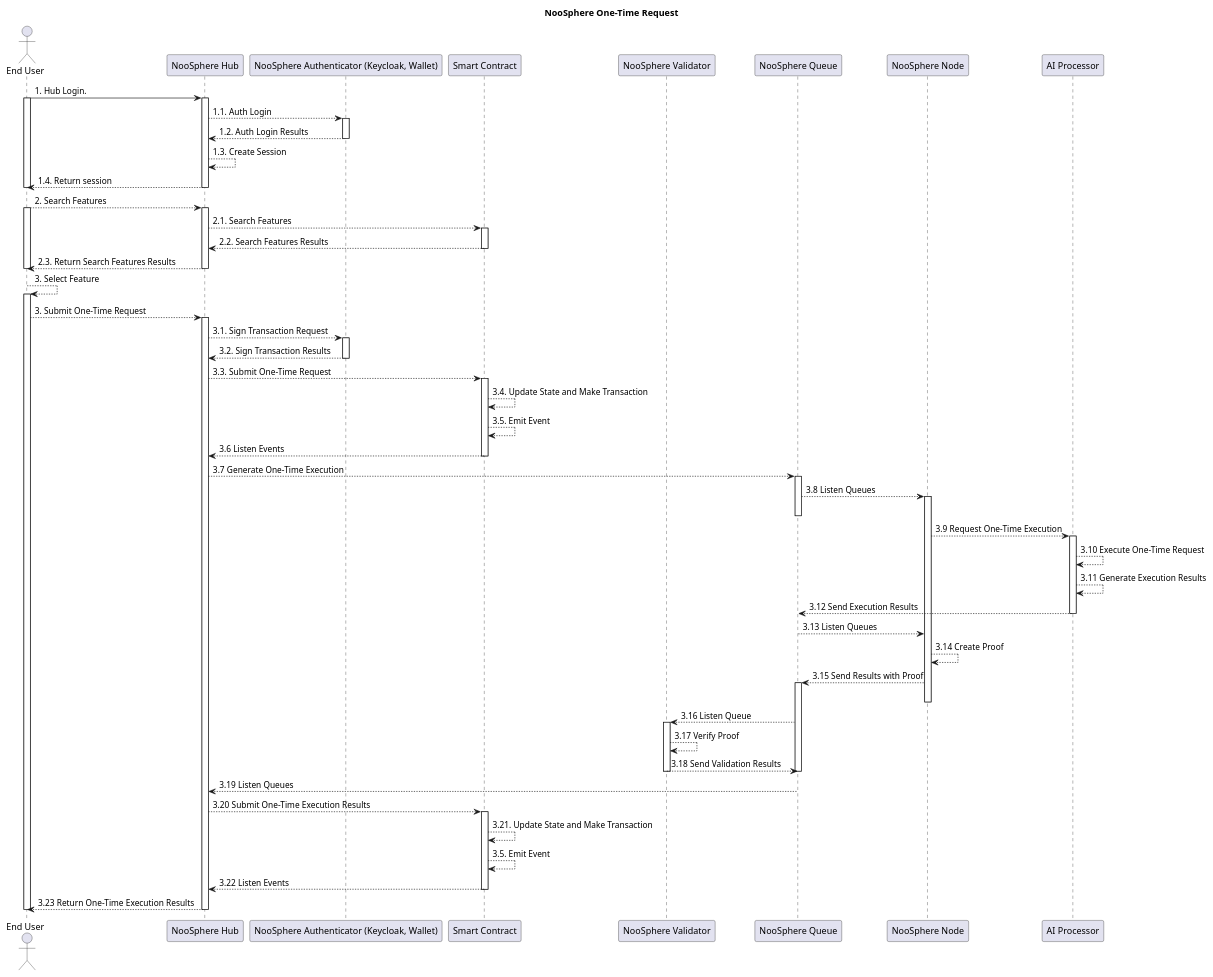
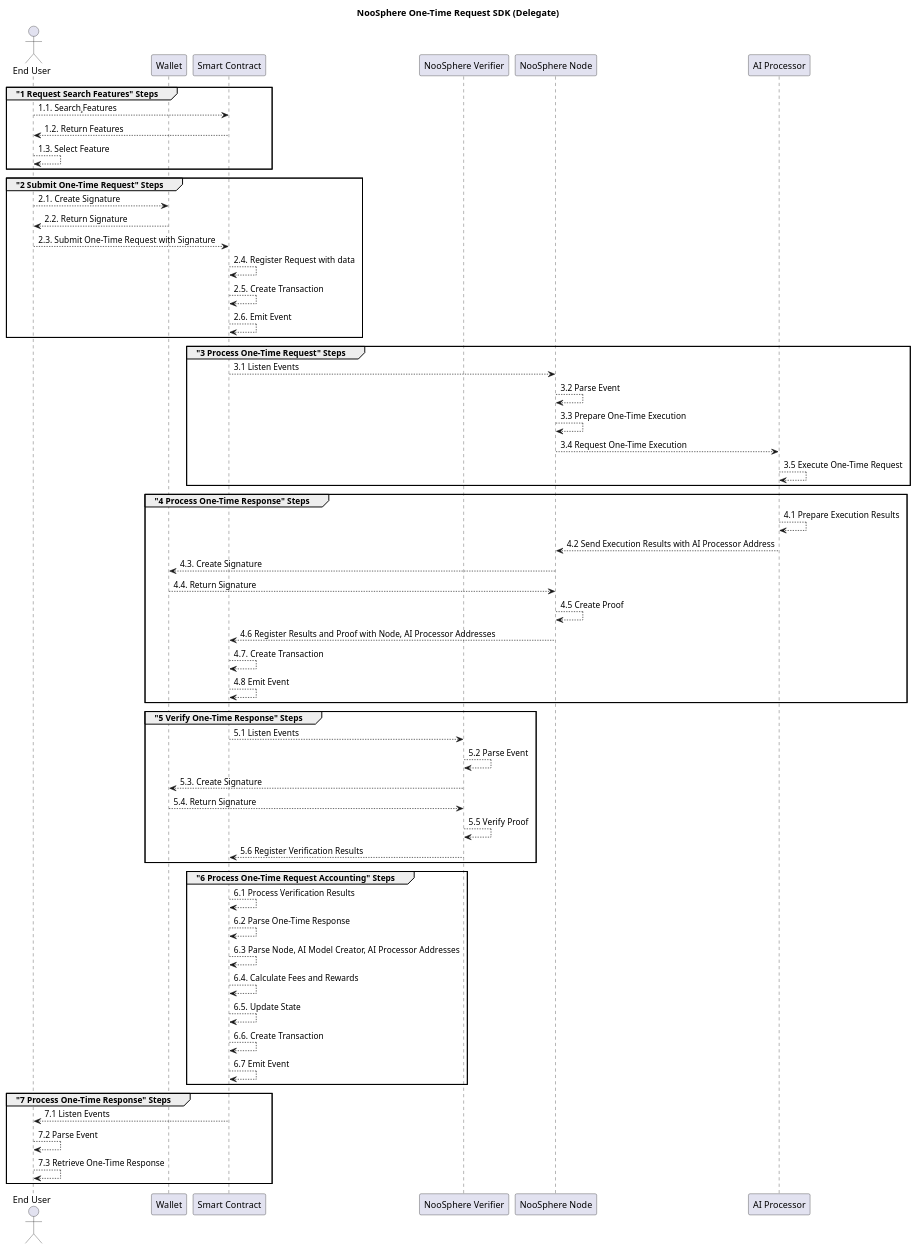
The diagram in NooSphere_Sequence_2.puml (hpp-io/noosphere), drawn with PlantUML before and after one commit.

Commit message:
HPPS-33 updated sequence diagram for one time request sdk

```diff
--- a/NooSphere_Sequence_2.puml
+++ b/NooSphere_Sequence_2.puml
@@ -1,82 +1,76 @@
 @startuml
 
 title
-NooSphere One-Time Request
+NooSphere One-Time Request SDK (Delegate)
 end title
 
 
 actor "End User" as User
-participant "NooSphere Hub" as Hub
-participant "NooSphere Authenticator (Keycloak, Wallet)" as Auth
+participant "Wallet" as Auth
 participant "Smart Contract" as Contract
-participant "NooSphere Validator" as Validator
-participant "NooSphere Queue" as Queue
+participant "NooSphere Verifier" as Verifier
 participant "NooSphere Node" as Node
 participant "AI Processor" as AI
 
 
-User -> Hub ++: 1. Hub Login.
-User++
-Hub --> Auth ++: 1.1. Auth Login
-Auth--> Hub : 1.2. Auth Login Results
-deactivate Auth
-Hub --> Hub: 1.3. Create Session
-Hub --> User: 1.4. Return session
-deactivate User
-deactivate Hub
+group "1 Request Search Features" Steps
+  User --> Contract: 1.1. Search¸Features
+  Contract --> User: 1.2. Return Features
+  User --> User: 1.3. Select Feature
+end
 
+group "2 Submit One-Time Request" Steps
+  User --> Auth: 2.1. Create Signature
+  Auth --> User: 2.2. Return Signature
+  User --> Contract: 2.3. Submit One-Time Request with Signature
+  Contract --> Contract: 2.4. Register Request with data
+  Contract --> Contract: 2.5. Create Transaction
+  Contract --> Contract: 2.6. Emit Event
+end
 
-User --> Hub++: 2. Search Features
-User++
-Hub --> Contract++: 2.1. Search Features
-Contract --> Hub: 2.2. Search Features Results
-deactivate Contract
-Hub --> User: 2.3. Return Search Features Results
-deactivate User
-deactivate Hub
+group "3 Process One-Time Request" Steps
+  Contract --> Node: 3.1 Listen Events
+  Node --> Node: 3.2 Parse Event
+  Node --> Node: 3.3 Prepare One-Time Execution
+  Node --> AI: 3.4 Request One-Time Execution
+  AI --> AI: 3.5 Execute One-Time Request
+end
 
+group "4 Process One-Time Response" Steps
+  AI --> AI: 4.1 Prepare Execution Results
+  AI --> Node: 4.2 Send Execution Results with AI Processor Address
+  Node --> Auth: 4.3. Create Signature
+  Auth --> Node: 4.4. Return Signature
+  Node --> Node: 4.5 Create Proof
+  Node --> Contract: 4.6 Register Results and Proof with Node, AI Processor Addresses
+  Contract --> Contract: 4.7. Create Transaction
+  Contract --> Contract: 4.8 Emit Event
+end
 
-User --> User++: 3. Select Feature
-User --> Hub++: 3. Submit One-Time Request
-Hub --> Auth++: 3.1. Sign Transaction Request
-Auth --> Hub: 3.2. Sign Transaction Results
-deactivate Auth
-Hub --> Contract++: 3.3. Submit One-Time Request
-Contract --> Contract: 3.4. Update State and Make Transaction
-Contract --> Contract: 3.5. Emit Event
-Contract --> Hub: 3.6 Listen Events
-deactivate Contract
-Hub --> Queue++: 3.7 Generate One-Time Execution
-Queue --> Node++: 3.8 Listen Queues
-deactivate Queue
-Node --> AI++: 3.9 Request One-Time Execution
-AI --> AI: 3.10 Execute One-Time Request
-AI --> AI: 3.11 Generate Execution Results
-AI --> Queue: 3.12 Send Execution Results
-deactivate AI
-Queue --> Node: 3.13 Listen Queues
-Node --> Node: 3.14 Create Proof
-Node --> Queue++: 3.15 Send Results with Proof
-deactivate Node
+group "5 Verify One-Time Response" Steps
+  Contract --> Verifier: 5.1 Listen Events
+  Verifier --> Verifier: 5.2 Parse Event
+  Verifier --> Auth: 5.3. Create Signature
+  Auth --> Verifier: 5.4. Return Signature
+  Verifier --> Verifier: 5.5 Verify Proof
+  Verifier --> Contract: 5.6 Register Verification Results
+end
 
-Queue --> Validator++: 3.16 Listen Queue
-Validator --> Validator: 3.17 Verify Proof
-Validator --> Queue: 3.18 Send Validation Results
-deactivate Validator
-deactivate Queue
+group "6 Process One-Time Request Accounting" Steps
+  Contract --> Contract: 6.1 Process Verification Results
+  Contract --> Contract: 6.2 Parse One-Time Response
+  Contract --> Contract: 6.3 Parse Node, AI Model Creator, AI Processor Addresses
+  Contract --> Contract: 6.4. Calculate Fees and Rewards
+  Contract --> Contract: 6.5. Update State
+  Contract --> Contract: 6.6. Create Transaction
+  Contract --> Contract: 6.7 Emit Event
+end
 
-Queue --> Hub: 3.19 Listen Queues
-Hub --> Contract++: 3.20 Submit One-Time Execution Results
-Contract --> Contract: 3.21. Update State and Make Transaction
-Contract --> Contract: 3.5. Emit Event
-Contract --> Hub: 3.22 Listen Events
-deactivate Contract
-Hub --> User: 3.23 Return One-Time Execution Results
-
-deactivate Contract
-deactivate User
-deactivate Hub
-
+group "7 Process One-Time Response" Steps
+  Contract --> User: 7.1 Listen Events
+  User --> User: 7.2 Parse Event
+  User --> User: 7.3 Retrieve One-Time Response
+end
 
 
 @enduml
```
